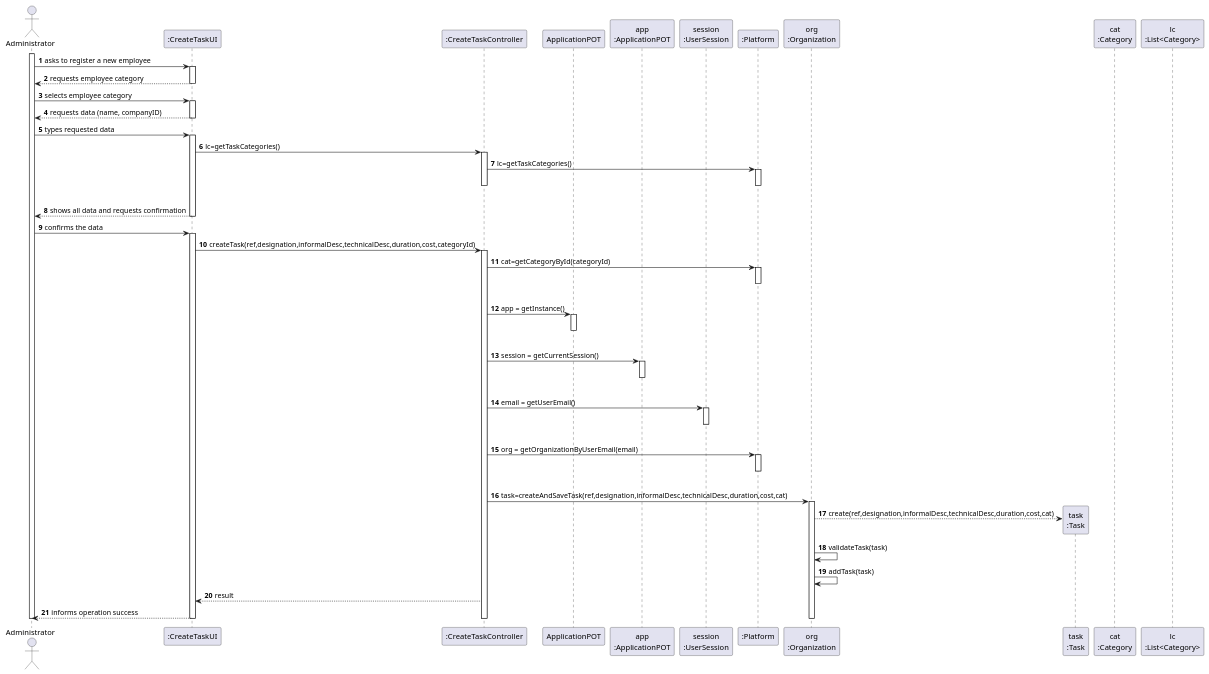
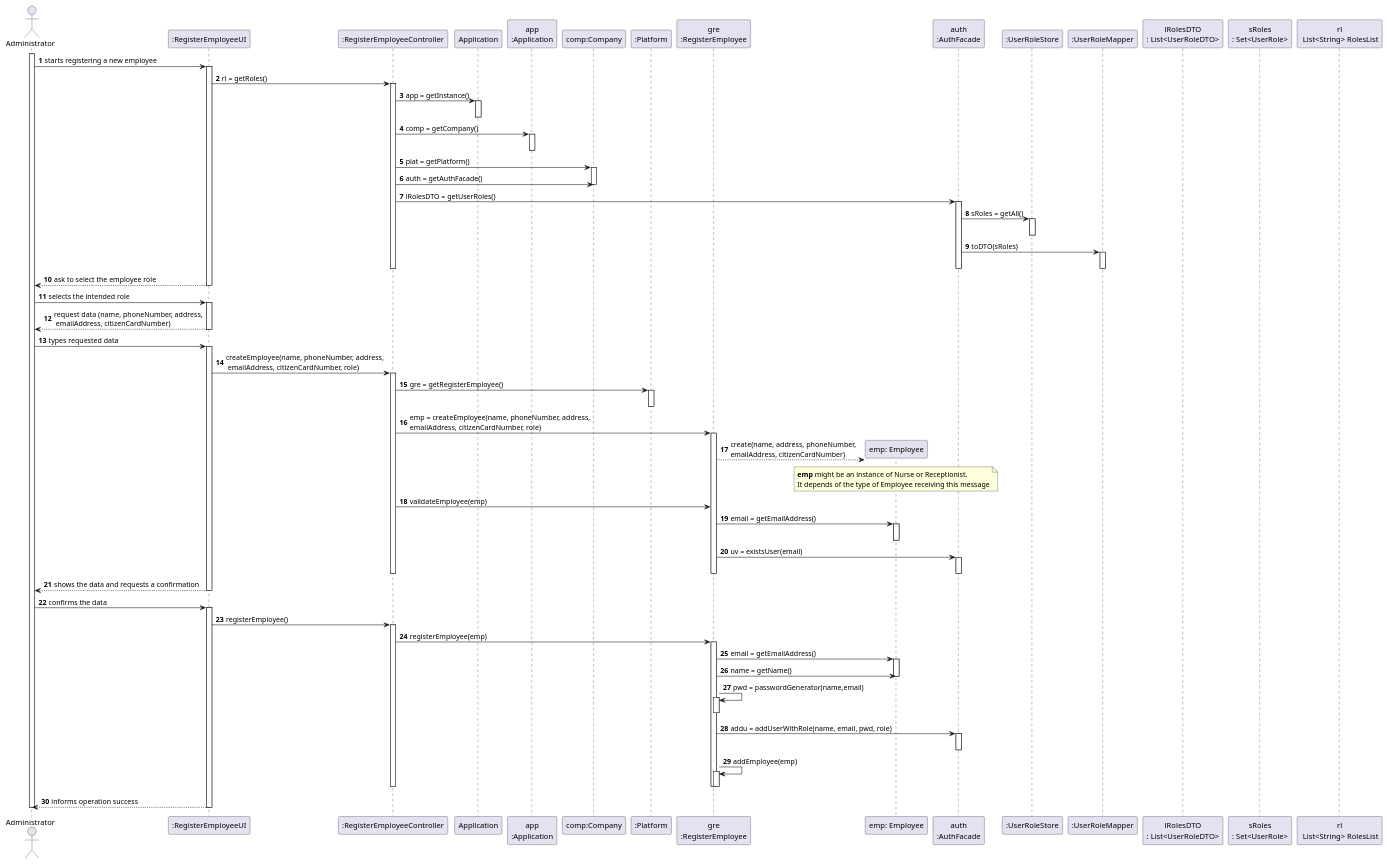
One commit to diogonapoles/isep-lapr2 changed the diagram in docs/SprintB/UserStories/US10/US010_SD.puml. Above: the diagram before and after it, drawn with PlantUML. The commit also changed 2 other files, not shown here.

```diff
--- a/docs/SprintB/UserStories/US10/US010_SD.puml
+++ b/docs/SprintB/UserStories/US10/US010_SD.puml
@@ -1,95 +1,143 @@
 @startuml
 autonumber
 actor "Administrator" as ADM
 
-participant ":CreateTaskUI" as UI
-participant ":CreateTaskController" as CTRL
-participant "ApplicationPOT" as _APP
-participant "app\n:ApplicationPOT" as APP
-participant "session\n:UserSession" as SESSAO
+
+participant ":RegisterEmployeeUI" as UI
+participant ":RegisterEmployeeController" as CTRL
+participant "Application" as APP
+participant "app\n:Application" as App
+participant "comp:Company" as COMP
 participant ":Platform" as PLAT
-participant "org\n:Organization" as ORG
-participant "task\n:Task" as TAREFA
-participant "cat\n:Category" as CAT
-participant "lc\n:List<Category>" as LIST_CAT
+participant "gre\n:RegisterEmployee" as RE
+participant "emp: Employee" as EMP
+participant "auth\n:AuthFacade" as AF
+participant ":UserRoleStore" as URS
+participant ":UserRoleMapper" as URM
+participant "lRolesDTO\n: List<UserRoleDTO>" as lRDTO
+participant "sRoles\n: Set<UserRole>" as SR
+participant "rl\n List<String> RolesList" as rl
+
 
 activate ADM
-ADM -> UI : asks to register a new employee
+
+ADM -> UI : starts registering a new employee
 activate UI
-UI --> ADM : requests employee category
+
+UI -> CTRL : rl = getRoles()
+activate CTRL
+
+CTRL -> APP : app = getInstance()
+activate APP
+deactivate APP
+
+CTRL -> App : comp = getCompany()
+activate App
+deactivate App
+
+CTRL -> COMP : plat = getPlatform()
+activate COMP
+
+CTRL -> COMP: auth = getAuthFacade()
+deactivate COMP
+
+CTRL -> AF : lRolesDTO = getUserRoles()
+activate AF
+
+AF -> URS : sRoles = getAll()
+activate URS
+deactivate URS
+
+AF -> URM :  toDTO(sRoles)
+activate URM
+
+deactivate URM
+deactivate AF
+deactivate CTRL
+
+UI --> ADM : ask to select the employee role
 deactivate UI
 
-ADM -> UI : selects employee category
+
+
+ADM -> UI : selects the intended role
 activate UI
-UI --> ADM : requests data (name, companyID)
+
+UI --> ADM : request data (name, phoneNumber, address,\n emailAddress, citizenCardNumber)
 deactivate UI
+
+
+
 
 ADM -> UI : types requested data
 activate UI
 
-UI -> CTRL : lc=getTaskCategories()
+UI -> CTRL :createEmployee(name, phoneNumber, address,\n emailAddress, citizenCardNumber, role)
 activate CTRL
 
-CTRL -> PLAT : lc=getTaskCategories()
+CTRL -> PLAT : gre = getRegisterEmployee()
 activate PLAT
-|||
 deactivate PLAT
+
+CTRL -> RE : emp = createEmployee(name, phoneNumber, address,\nemailAddress, citizenCardNumber, role)
+activate RE
+
+RE --> EMP** : create(name, address, phoneNumber,\nemailAddress, citizenCardNumber)
+
+note over EMP : **emp** might be an instance of Nurse or Receptionist.\nIt depends of the type of Employee receiving this message
+
+
+CTRL -> RE : validateEmployee(emp)
+
+RE -> EMP : email = getEmailAddress()
+activate EMP
+deactivate EMP
+
+RE -> AF : uv = existsUser(email)
+activate AF
+deactivate AF
 deactivate CTRL
+deactivate RE
 
-UI --> ADM : shows all data and requests confirmation
-deactivate PLAT
+UI --> ADM : shows the data and requests a confirmation
 deactivate UI
 
 
-deactivate ORG
-deactivate PLAT
-deactivate CTRL
-deactivate UI
 
 ADM -> UI : confirms the data
 activate UI
 
-UI -> CTRL : createTask(ref,designation,informalDesc,technicalDesc,duration,cost,categoryId)
+UI -> CTRL : registerEmployee()
 activate CTRL
 
-CTRL -> PLAT : cat=getCategoryById(categoryId)
-activate PLAT
-|||
-deactivate PLAT
+CTRL -> RE: registerEmployee(emp)
+activate RE
 
-CTRL -> _APP: app = getInstance()
-activate _APP
-|||
-deactivate _APP
+RE -> EMP : email = getEmailAddress()
+activate EMP
 
-CTRL -> APP: session = getCurrentSession()
-activate APP
-|||
-deactivate APP
+RE -> EMP : name = getName()
 
-CTRL -> SESSAO: email = getUserEmail()
-activate SESSAO
-|||
-deactivate SESSAO
+deactivate EMP
 
-CTRL -> PLAT: org = getOrganizationByUserEmail(email)
-activate PLAT
-|||
-deactivate PLAT
+RE -> RE : pwd = passwordGenerator(name,email)
+activate RE
+deactivate RE
 
-CTRL -> ORG: task=createAndSaveTask(ref,designation,informalDesc,technicalDesc,duration,cost,cat)
-activate ORG
-ORG --> TAREFA**: create(ref,designation,informalDesc,technicalDesc,duration,cost,cat)
-ORG -> ORG: validateTask(task)
-ORG -> ORG: addTask(task)
+RE -> AF : addu = addUserWithRole(name, email, pwd, role)
+activate AF
+deactivate AF
 
-CTRL --> UI: result
+RE -> RE : addEmployee(emp)
+activate RE
+deactivate RE
+deactivate RE
+deactivate CTRL
 
 UI --> ADM : informs operation success
-deactivate ORG
-deactivate CTRL
 deactivate UI
+
 
 deactivate ADM
 
 @enduml
```
